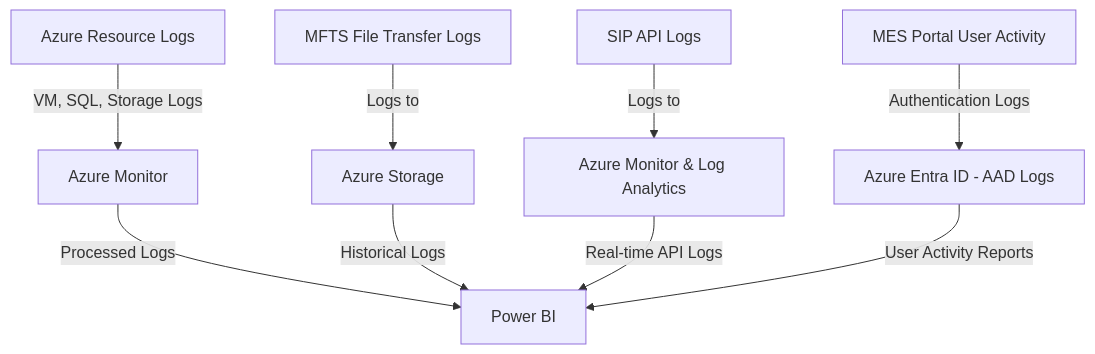
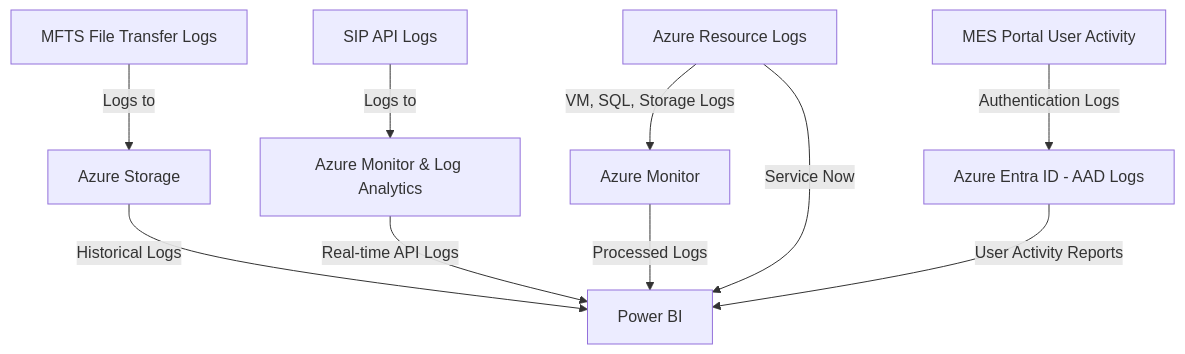
Before and after one commit to oigbokwe73/Powerbi-Reporting: the second of 4 diagrams in README.md, drawn with Mermaid.

````diff
--- a/README.md
+++ b/README.md
@@ -192,11 +192,12 @@
 ```mermaid
 graph TD
     A[MFTS File Transfer Logs] -->|Logs to| B[Azure Storage]
     C[SIP API Logs] -->|Logs to| D[Azure Monitor & Log Analytics]
     E[MES Portal User Activity] -->|Authentication Logs| F[Azure Entra ID - AAD Logs]
     G[Azure Resource Logs] -->|VM, SQL, Storage Logs| H[Azure Monitor]
     H -->|Processed Logs| I[Power BI]
     B -->|Historical Logs| I
     D -->|Real-time API Logs| I
     F -->|User Activity Reports| I
+    G -->|Service Now| I
 ```
````
